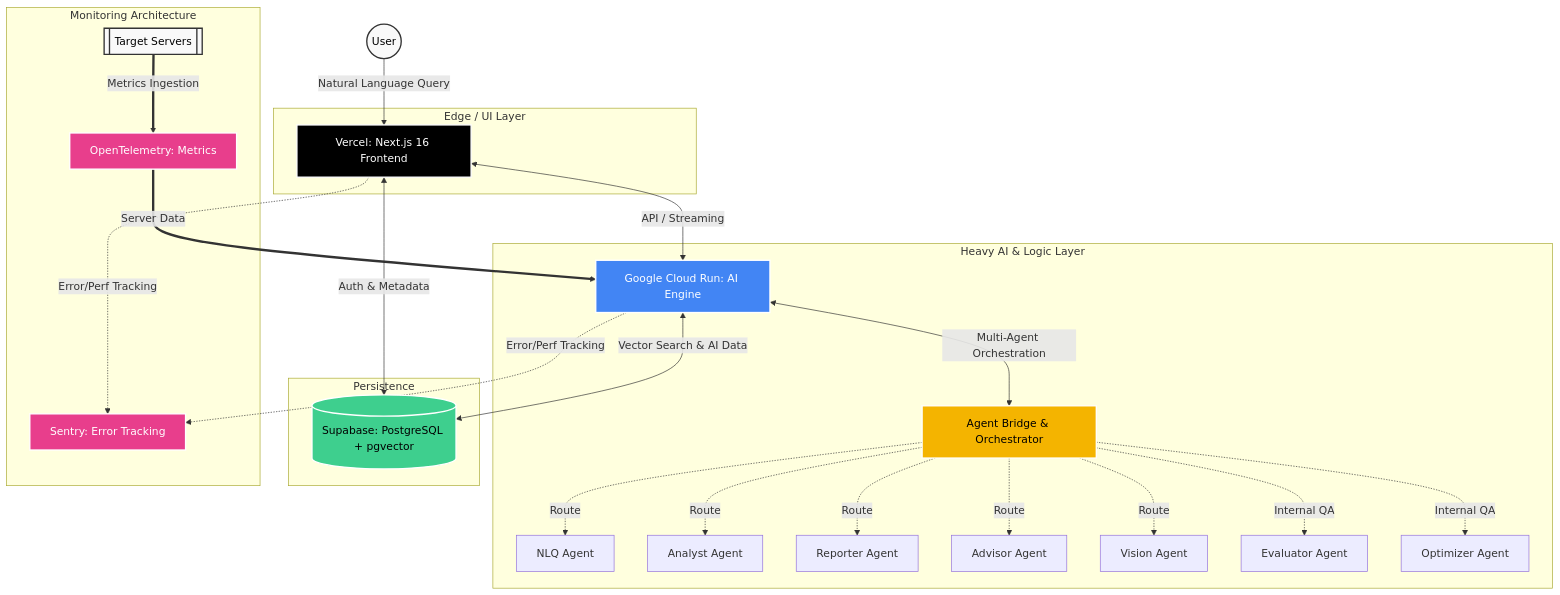
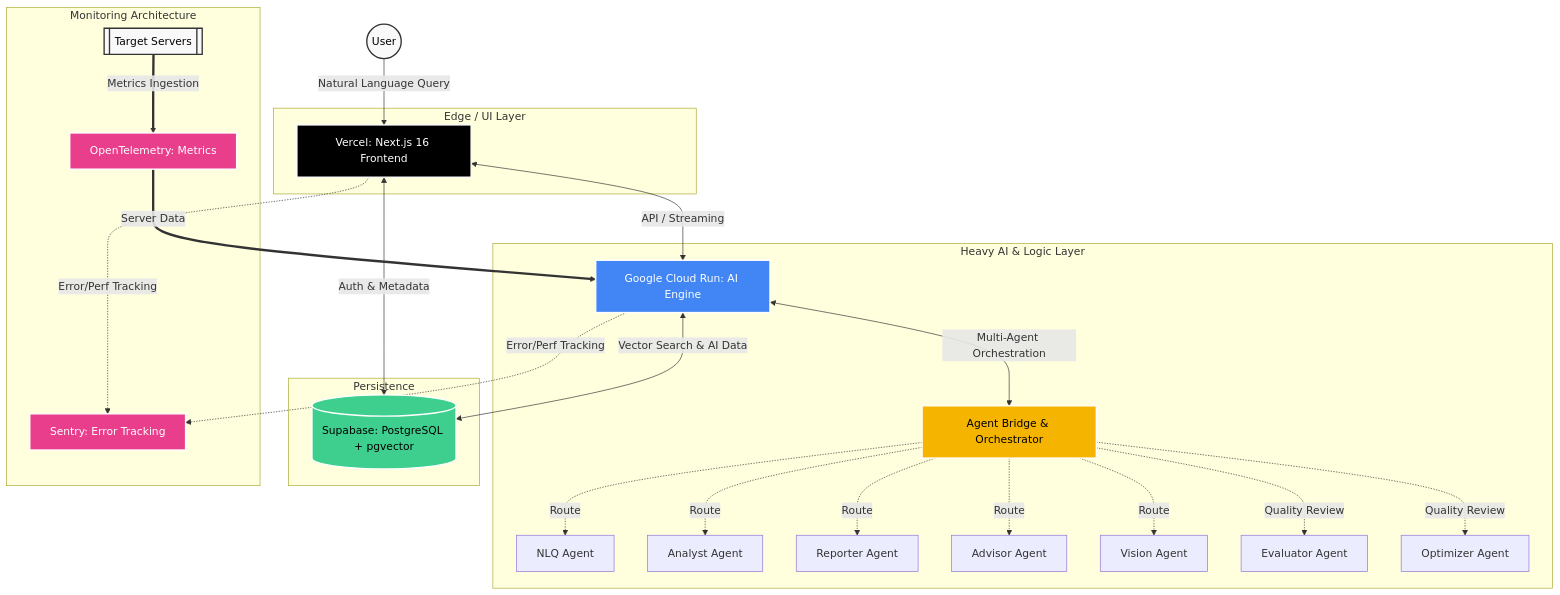
The second of 2 diagrams in README.md (skyasu2/openmanager-ai), drawn with Mermaid before and after one commit. The commit also changed other lines of this file, not shown here.

````diff
--- a/README.md
+++ b/README.md
@@ -126,52 +126,52 @@
 ```mermaid
 graph TD
     %% 스타일 정의
     classDef client fill:#f9f9f9,stroke:#333,stroke-width:2px,color:#000
     classDef frontend fill:#000,stroke:#fff,stroke-width:2px,color:#fff
     classDef backend fill:#4285F4,stroke:#fff,stroke-width:2px,color:#fff
     classDef database fill:#3ECF8E,stroke:#fff,stroke-width:2px,color:#000
     classDef agents fill:#F4B400,stroke:#fff,stroke-width:2px,color:#000
     classDef monitoring fill:#e83e8c,stroke:#fff,stroke-width:2px,color:#fff
 
     User((User)):::client -->|Natural Language Query| Vercel
 
     subgraph Frontend [Edge / UI Layer]
         Vercel[Vercel: Next.js 16 Frontend]:::frontend
     end
 
     subgraph Backend [Heavy AI & Logic Layer]
         CR[Google Cloud Run: AI Engine]:::backend
         AB[Agent Bridge & Orchestrator]:::agents
         
         Vercel <-->|"API / Streaming"| CR
         CR <-->|Multi-Agent Orchestration| AB
 
         AB -.->|Route| AgentNLQ["NLQ Agent"]
         AB -.->|Route| AgentAnalyst["Analyst Agent"]
         AB -.->|Route| AgentReporter["Reporter Agent"]
         AB -.->|Route| AgentAdvisor["Advisor Agent"]
         AB -.->|Route| AgentVision["Vision Agent"]
-        AB -.->|Internal QA| AgentEvaluator["Evaluator Agent"]
-        AB -.->|Internal QA| AgentOptimizer["Optimizer Agent"]
+        AB -.->|Quality Review| AgentEvaluator["Evaluator Agent"]
+        AB -.->|Quality Review| AgentOptimizer["Optimizer Agent"]
     end
 
     subgraph Data Layer [Persistence]
         Supabase[("Supabase: PostgreSQL + pgvector")]:::database
         Vercel <-->|Auth & Metadata| Supabase
         CR <-->|Vector Search & AI Data| Supabase
     end
 
     subgraph Observability [Monitoring Architecture]
         Sentry["Sentry: Error Tracking"]:::monitoring
         OTel["OpenTelemetry: Metrics"]:::monitoring
         TargetServers[["Target Servers"]]:::client
 
         %% Sentry는 시스템 자체를 모니터링
         Vercel -.->|Error/Perf Tracking| Sentry
         CR -.->|Error/Perf Tracking| Sentry
 
         %% OTel은 프로덕트의 핵심 수집기
         TargetServers ==>|Metrics Ingestion| OTel
         OTel ==>|Server Data| CR
     end
 ```
````
